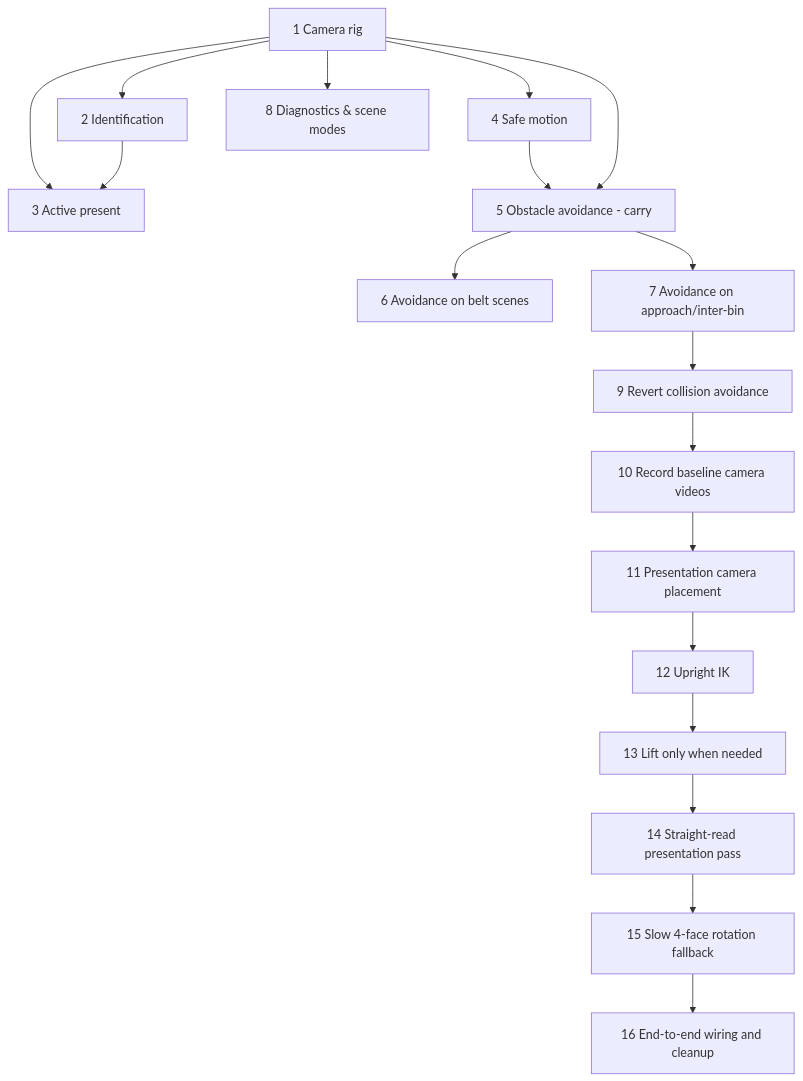
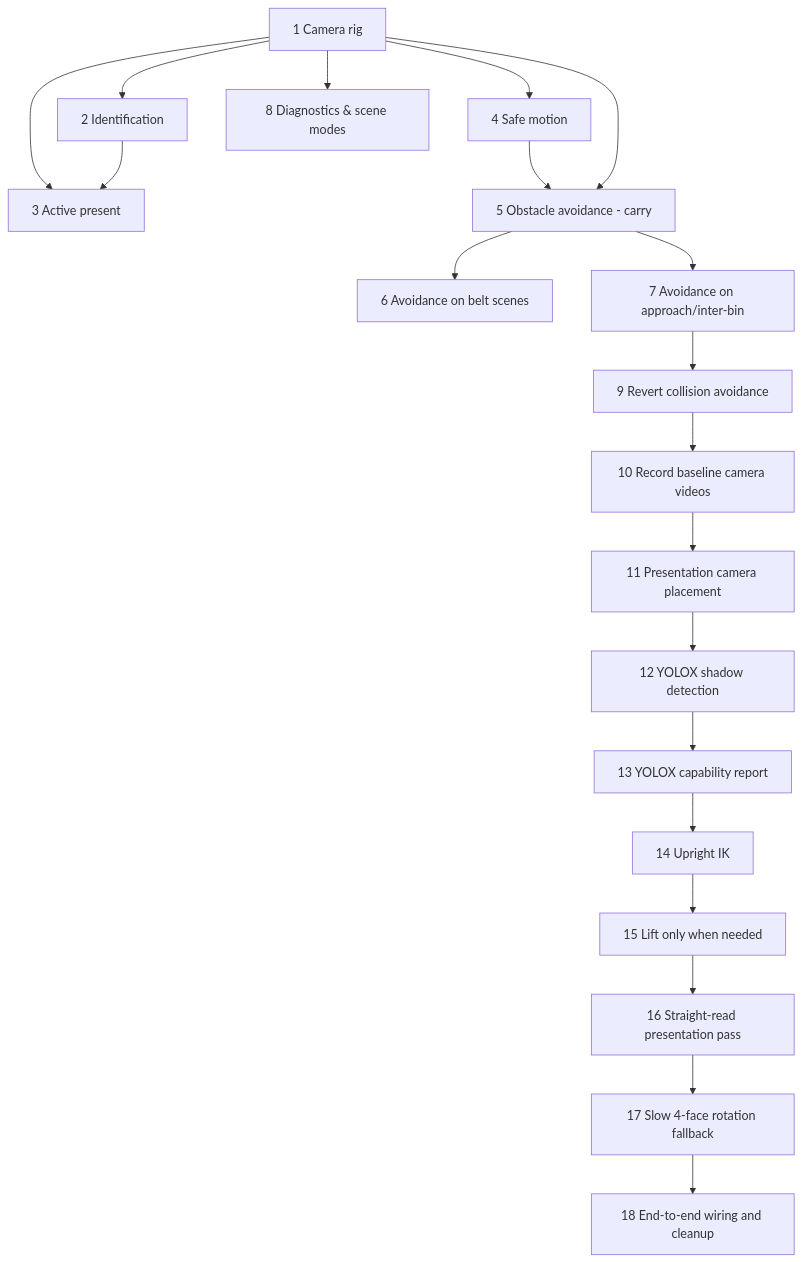
Before and after one commit to muktharamesh20/hackachusetts: the diagram in .kiro/specs/camera-vision/tasks.md, drawn with Mermaid. The commit also changed other lines of this file and 10 other files, not shown here.

First line of the commit message:
feat: YOLOX shadow detection alongside QR (never overrides it)

````diff
--- a/.kiro/specs/camera-vision/tasks.md
+++ b/.kiro/specs/camera-vision/tasks.md
@@ -18,20 +18,22 @@
 ```mermaid
 graph TD
     T1[1 Camera rig] --> T2[2 Identification]
     T1 --> T3[3 Active present]
     T2 --> T3
     T1 --> T4[4 Safe motion]
     T4 --> T5[5 Obstacle avoidance - carry]
     T1 --> T5
     T5 --> T6[6 Avoidance on belt scenes]
     T5 --> T7[7 Avoidance on approach/inter-bin]
     T1 --> T8[8 Diagnostics & scene modes]
     T7 --> T9[9 Revert collision avoidance]
     T9 --> T10[10 Record baseline camera videos]
     T10 --> T11[11 Presentation camera placement]
-    T11 --> T12[12 Upright IK]
-    T12 --> T13[13 Lift only when needed]
-    T13 --> T14[14 Straight-read presentation pass]
-    T14 --> T15[15 Slow 4-face rotation fallback]
-    T15 --> T16[16 End-to-end wiring and cleanup]
+    T11 --> T12[12 YOLOX shadow detection]
+    T12 --> T13[13 YOLOX capability report]
+    T13 --> T14[14 Upright IK]
+    T14 --> T15[15 Lift only when needed]
+    T15 --> T16[16 Straight-read presentation pass]
+    T16 --> T17[17 Slow 4-face rotation fallback]
+    T17 --> T18[18 End-to-end wiring and cleanup]
 ```
````
